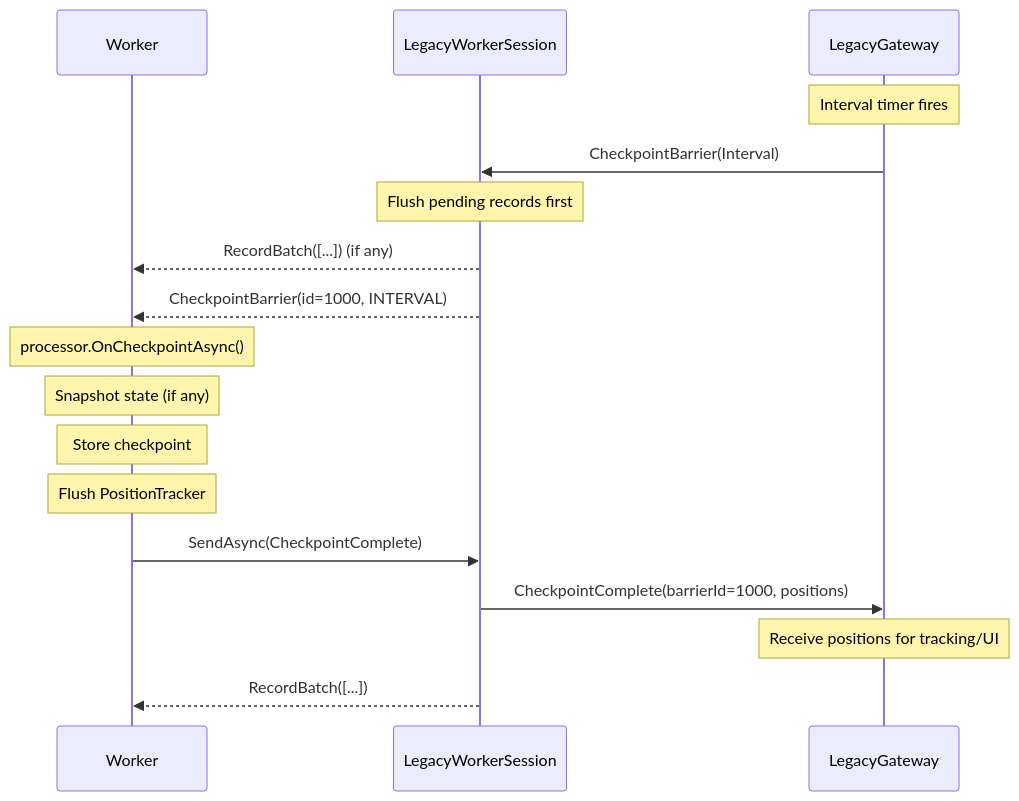
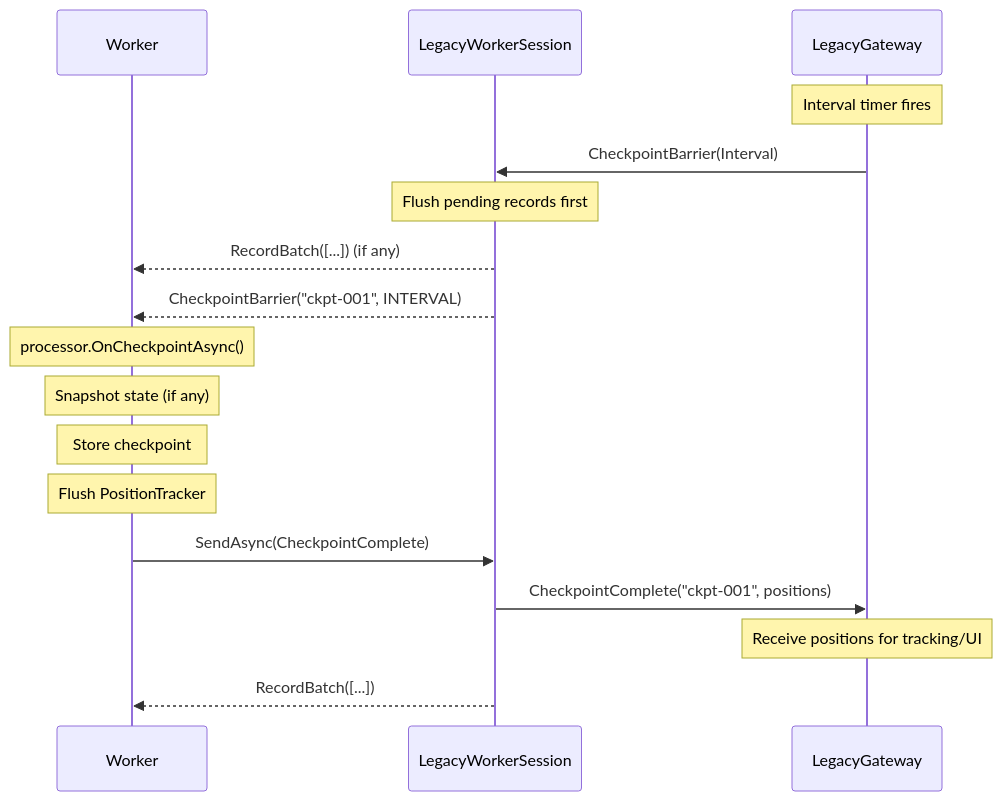
The third of 5 diagrams in _bmad-output/design/processor-gateway.md (kurrent-io/kurrent-surge), drawn with Mermaid before and after one commit. The commit also changed other lines of this file and 117 other files, not shown here.

````diff
--- a/_bmad-output/design/processor-gateway.md
+++ b/_bmad-output/design/processor-gateway.md
@@ -674,27 +676,27 @@
 ```mermaid
 sequenceDiagram
     participant W as Worker
     participant S as LegacyWorkerSession
     participant G as LegacyGateway
 
     Note over G: Interval timer fires
 
     G->>S: CheckpointBarrier(Interval)
 
     Note over S: Flush pending records first
 
     S-->>W: RecordBatch([...]) (if any)
-    S-->>W: CheckpointBarrier(id=1000, INTERVAL)
+    S-->>W: CheckpointBarrier("ckpt-001", INTERVAL)
 
     Note over W: processor.OnCheckpointAsync()
     Note over W: Snapshot state (if any)
     Note over W: Store checkpoint
     Note over W: Flush PositionTracker
 
     W->>S: SendAsync(CheckpointComplete)
-    S->>G: CheckpointComplete(barrierId=1000, positions)
+    S->>G: CheckpointComplete("ckpt-001", positions)
 
     Note over G: Receive positions for tracking/UI
 
     S-->>W: RecordBatch([...])
 ```
````
